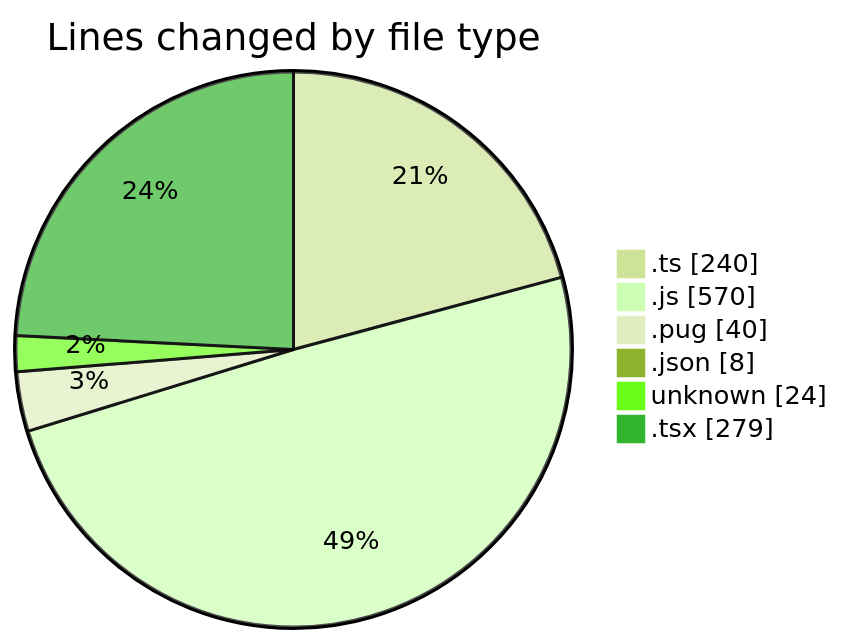
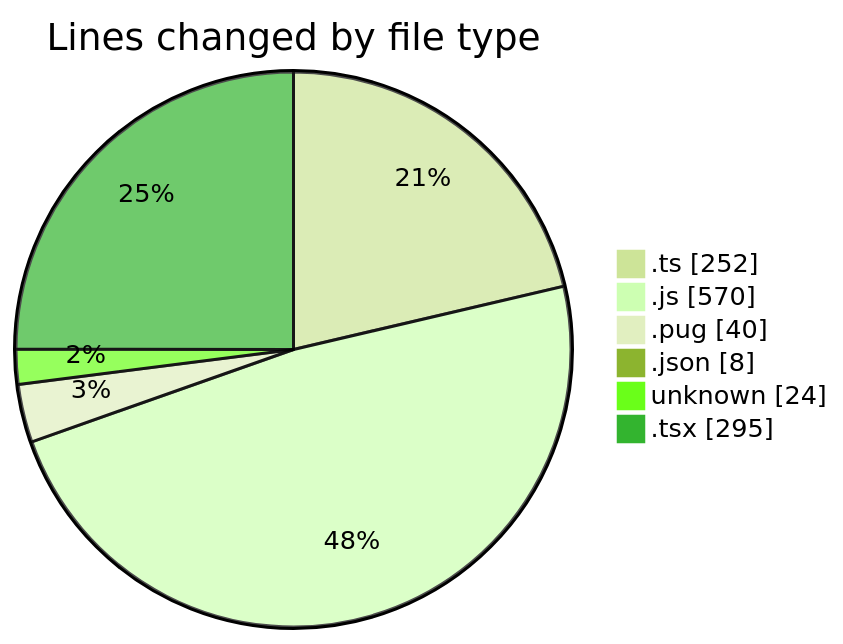
Before and after one commit to momahboobian/code-tracking: the first of 2 diagrams in 2025-02-25/cda/README.md, drawn with Mermaid (forest theme). The commit also changed other lines of this file and 1 other file, not shown here.

````diff
--- a/2025-02-25/cda/README.md
+++ b/2025-02-25/cda/README.md
@@ -32,10 +33,10 @@
 ```mermaid
 pie showData
 title Lines changed by file type
-".ts" : 240
+".ts" : 252
 ".js" : 570
 ".pug" : 40
 ".json" : 8
 "unknown" : 24
-".tsx" : 279
+".tsx" : 295
 ```
````
